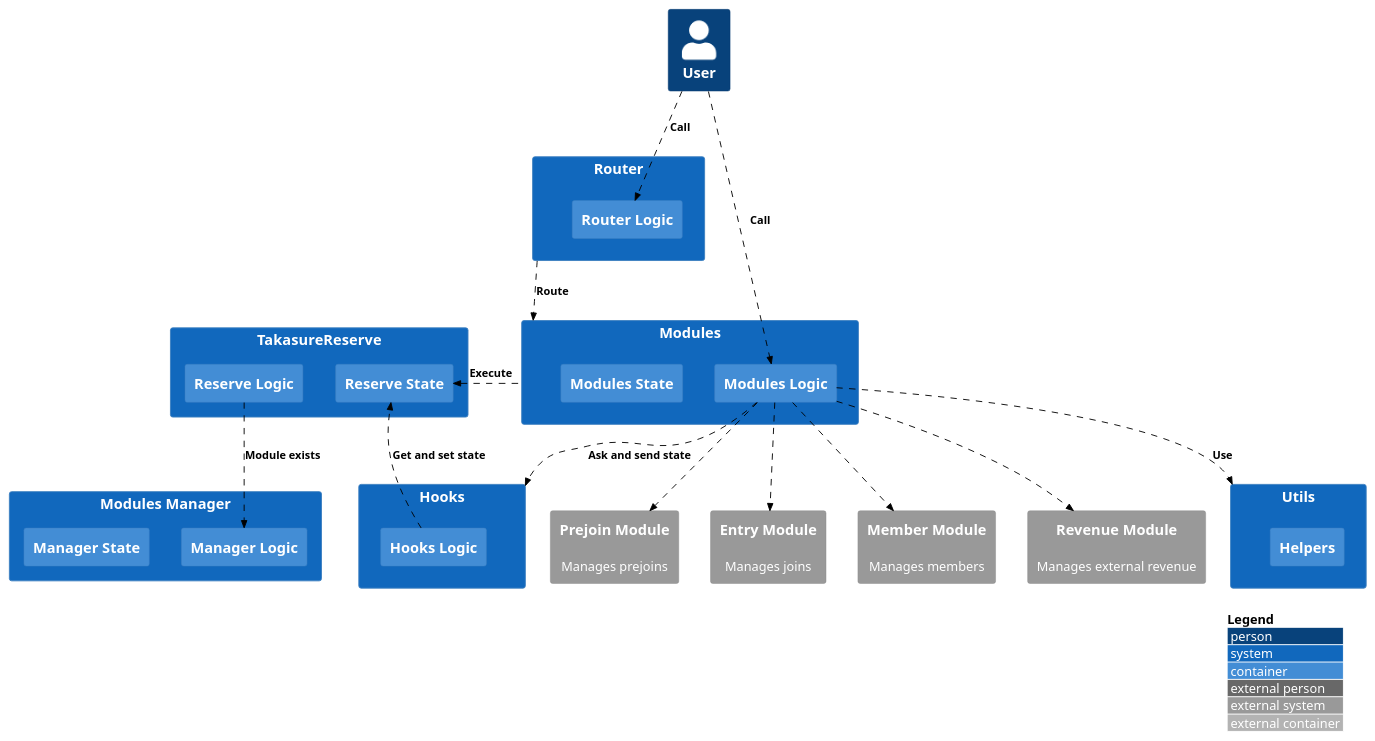
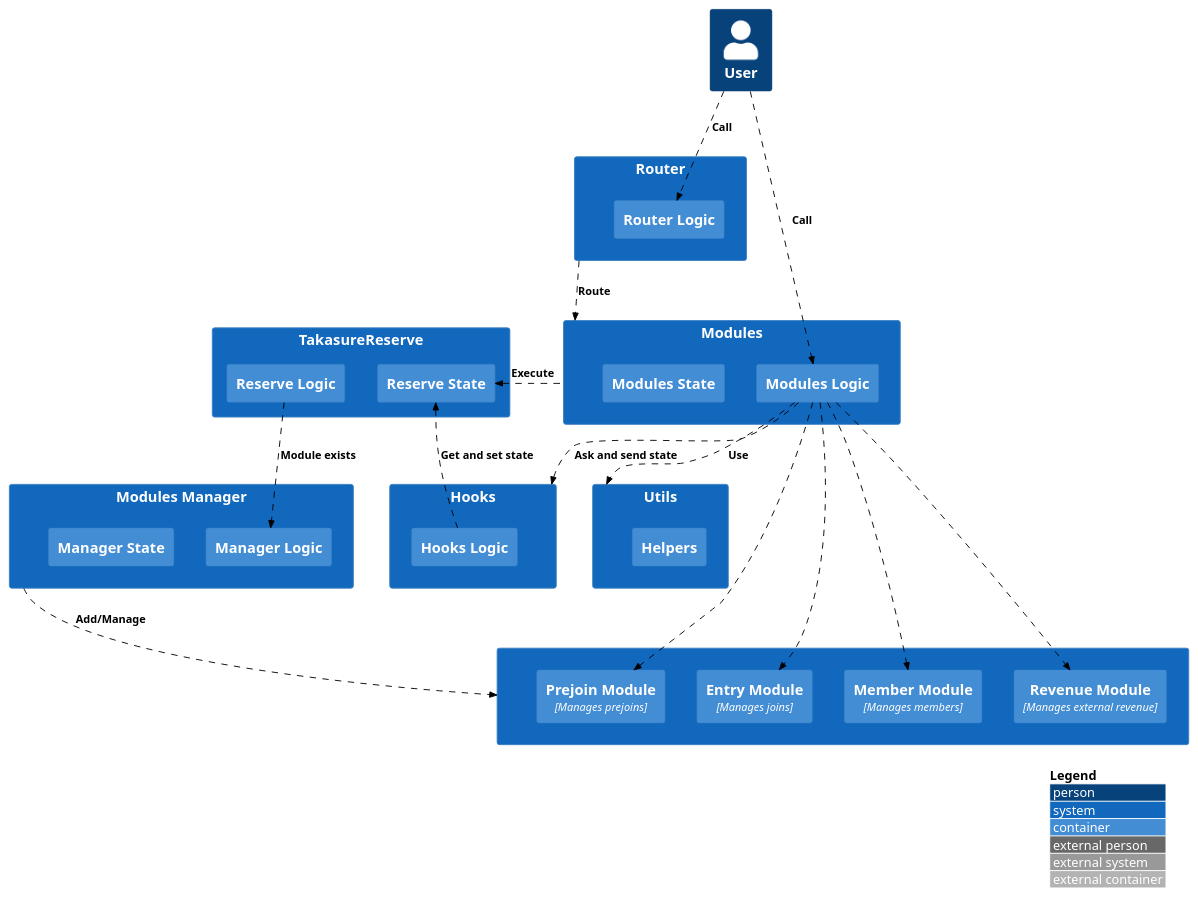
Before and after one commit to TakafulDAO/takasure.sc: the diagram in docs/architecture/puml/high-level-architecture.puml, drawn with PlantUML.

Commit message:
revise: fix dependency

```diff
--- a/docs/architecture/puml/high-level-architecture.puml
+++ b/docs/architecture/puml/high-level-architecture.puml
@@ -1,56 +1,59 @@
 @startuml High Level Modular Architecture
 
 !include https://raw.githubusercontent.com/kirchsth/C4-PlantUML/extended/C4_Container.puml
 
 AddRelTag("sync", $textColor="black", $lineColor="black", $lineStyle = DashedLine())
 
 LAYOUT_WITH_LEGEND()
 
 Person(user, "User")
 
 System(takasureReserve, "TakasureReserve") {
     Container(reserveLogic, "Reserve Logic")
     Container(reserveState, "Reserve State")
 }
 
 System(router, "Router"){
     Container(routerLogic, "Router Logic")
 }
 
 System(modulesManager,"Modules Manager"){
     Container(managerLogic, "Manager Logic")
     Container(managerState, "Manager State")
 }
 
 System(modules,"Modules"){
     Container(modulesLogic, "Modules Logic")
     Container(modulesState, "Modules State")
 }
 
 System(hooks, "Hooks") {
     Container(hooksLogic, "Hooks Logic")
 }
 
 System(utils, "Utils") {
     Container(helpers, "Helpers")
 }
 
-System_Ext(prejoinModule,"Prejoin Module", "Manages prejoins")
-System_Ext(entryModule,"Entry Module", "Manages joins")
-System_Ext(memberModule,"Member Module", "Manages members")
-System_Ext(revenueModule,"Revenue Module", "Manages external revenue")
+System(moduleContracts,"") {
+    Container(prejoinModule,"Prejoin Module", "Manages prejoins")
+    Container(entryModule,"Entry Module", "Manages joins")
+    Container(memberModule,"Member Module", "Manages members")
+    Container(revenueModule,"Revenue Module", "Manages external revenue")
+}
 
 Rel_D(user, routerLogic, "Call", $tags="sync")
 Rel_D(user, modulesLogic, "Call", $tags="sync")
 Rel_D(router, modules, "Route", $tags="sync")
 Rel_D(modulesLogic, prejoinModule, "", $tags="sync")
 Rel_D(modulesLogic, entryModule, "", $tags="sync")
 Rel_D(modulesLogic, memberModule, "", $tags="sync")
 Rel_D(modulesLogic, revenueModule, "", $tags="sync")
 Rel_D(reserveLogic, managerLogic, "Module exists", $tags="sync")
 Rel_D(modulesLogic, hooks, "Ask and send state", $tags="sync")
 Rel_D(hooksLogic, reserveState, "Get and set state", $tags="sync")
 Rel_L(modules, reserveState, "Execute", $tags="sync")
 Rel_D(modulesLogic, utils, "Use", $tags="sync")
+Rel_D(modulesManager, moduleContracts, "Add/Manage", $tags="sync")
 
 @enduml
```
